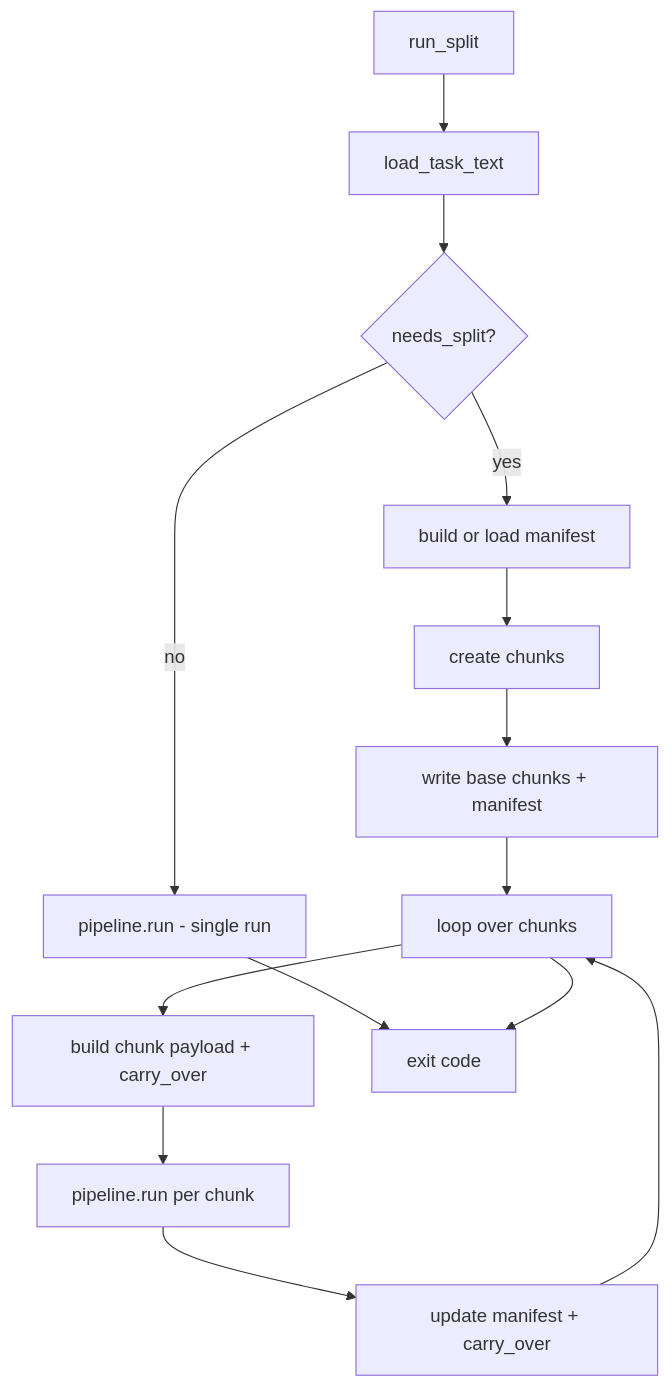
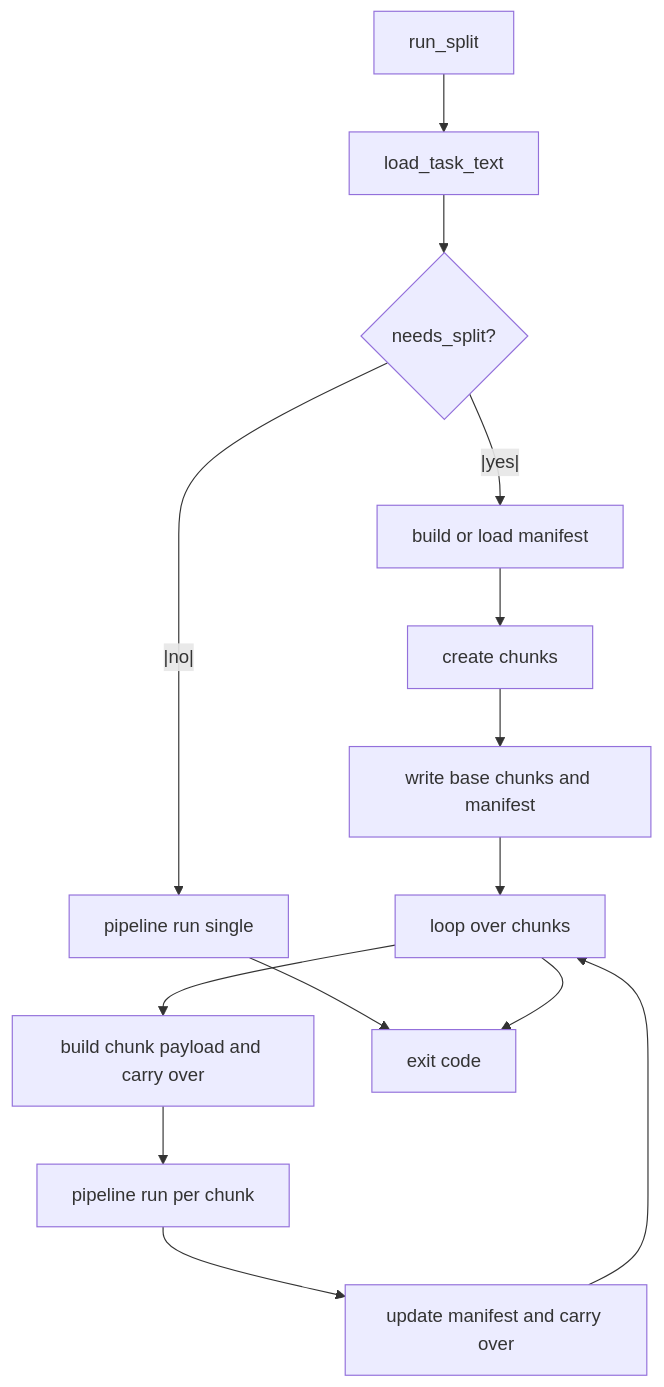
The second of 5 diagrams in docs/WORKFLOWS.md (CodeName-666/CodexCli-MultiAgent), drawn with Mermaid before and after one commit. The commit also changed other lines of this file, not shown here.

````diff
--- a/docs/WORKFLOWS.md
+++ b/docs/WORKFLOWS.md
@@ -25,16 +25,16 @@
 ```mermaid
-flowchart TD
+graph TD
   A[run_split] --> B[load_task_text]
   B --> C{needs_split?}
-  C -- no --> D[pipeline.run - single run]
-  C -- yes --> E[build or load manifest]
+  C --|no|--> D[pipeline run single]
+  C --|yes|--> E[build or load manifest]
   E --> F[create chunks]
-  F --> G[write base chunks + manifest]
+  F --> G[write base chunks and manifest]
   G --> H[loop over chunks]
-  H --> I[build chunk payload + carry_over]
-  I --> J[pipeline.run per chunk]
-  J --> K[update manifest + carry_over]
+  H --> I[build chunk payload and carry over]
+  I --> J[pipeline run per chunk]
+  J --> K[update manifest and carry over]
   K --> H
   D --> L[exit code]
   H --> L
 ```
````
